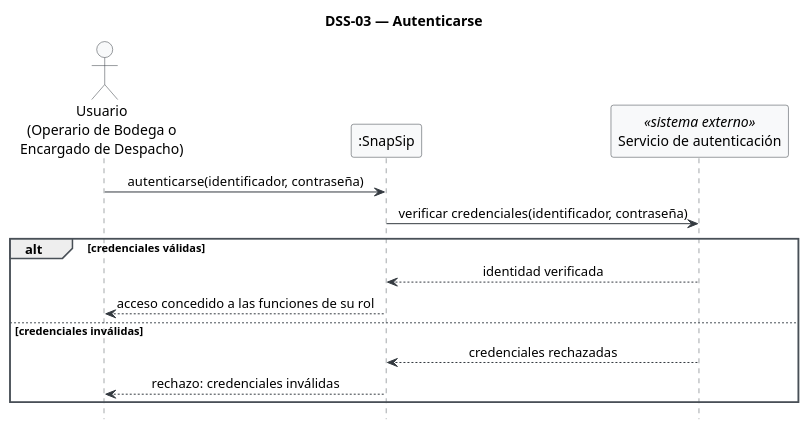
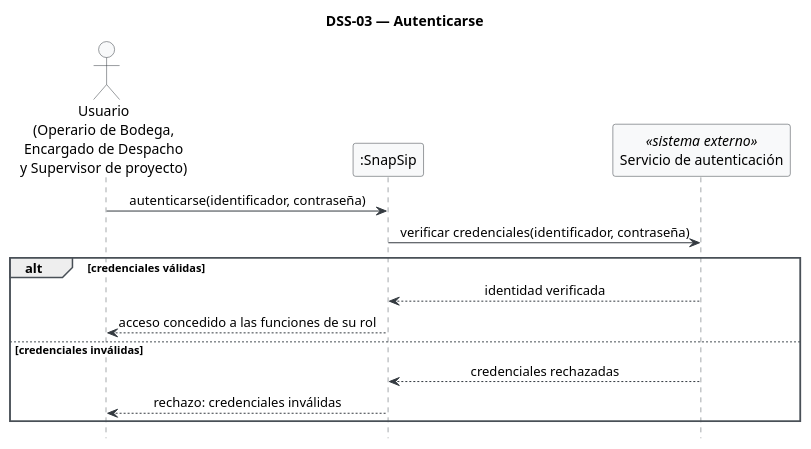
The diagram in diagramas/dss-03.puml (Foyzen-Kaze/snapsip), drawn with PlantUML before and after one commit. The commit also changed 5 other files, not shown here.

Commit message:
Diagramas y su documentacion actualizados

```diff
--- a/diagramas/dss-03.puml
+++ b/diagramas/dss-03.puml
@@ -1,30 +1,30 @@
 @startuml dss-03
 title DSS-03 — Autenticarse
 hide footbox
 skinparam shadowing false
 skinparam sequenceMessageAlign center
 skinparam maxMessageSize 300
 skinparam sequence {
   ArrowColor #343A40
   LifeLineBorderColor #495057
   ParticipantBackgroundColor #F8F9FA
   ParticipantBorderColor #343A40
   ActorBackgroundColor #F8F9FA
   ActorBorderColor #343A40
   GroupBorderColor #495057
 }
 
-actor "Usuario\n(Operario de Bodega o\nEncargado de Despacho)" as U
+actor "Usuario\n(Operario de Bodega,\nEncargado de Despacho\ny Supervisor de proyecto)" as U
 participant ":SnapSip" as SS
 participant "Servicio de autenticación" as AUT <<sistema externo>>
 
 U -> SS : autenticarse(identificador, contraseña)
 SS -> AUT : verificar credenciales(identificador, contraseña)
 alt credenciales válidas
   AUT --> SS : identidad verificada
   SS --> U : acceso concedido a las funciones de su rol
 else credenciales inválidas
   AUT --> SS : credenciales rechazadas
   SS --> U : rechazo: credenciales inválidas
 end
 @enduml
```
